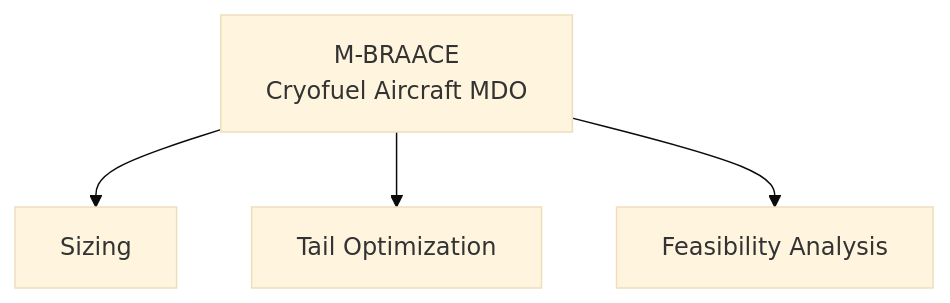
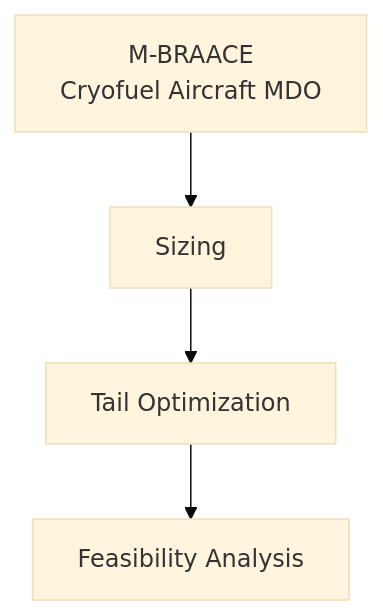
Before and after one commit to jtuatini/M-BRAACE: the diagram in README.md, drawn with Mermaid (base theme). The commit also changed other lines of this file, not shown here.

````diff
--- a/README.md
+++ b/README.md
@@ -9,7 +9,7 @@
 ```mermaid
 flowchart TD
     M[M-BRAACE<br/>Cryofuel Aircraft MDO]
     M --> A[Sizing]
-    M --> B[Tail Optimization]
-    M --> C[Feasibility Analysis]
+    A --> B[Tail Optimization]
+    B --> C[Feasibility Analysis]
 ```
````
